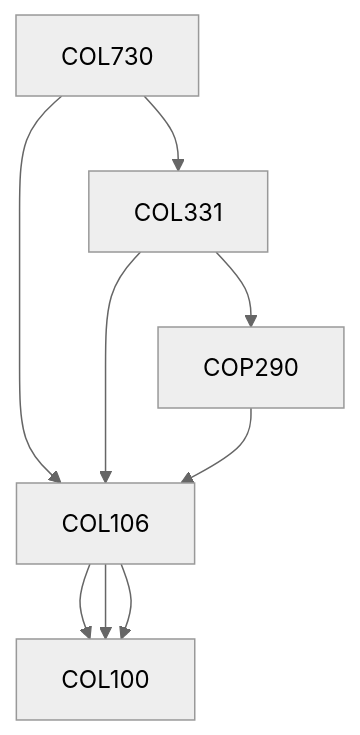
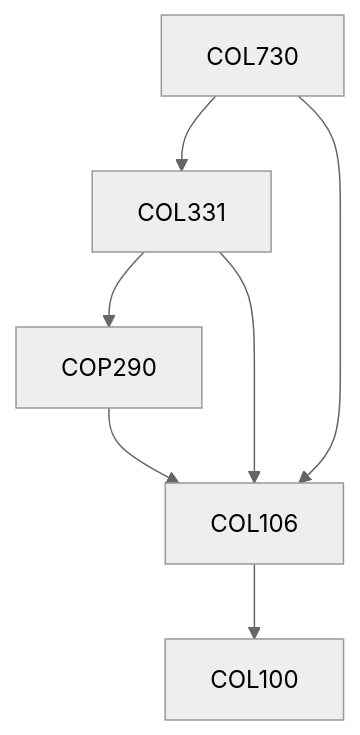
One commit to KeshavBansal0122/CoS_Website changed the diagram in content/Computer Science and Engineering/COL730.md. Above: the diagram before and after it, drawn with Mermaid (neutral theme). The commit also changed other lines of this file and 2667 other files, not shown here.

````diff
--- a/content/Computer Science and Engineering/COL730.md
+++ b/content/Computer Science and Engineering/COL730.md
@@ -15,11 +13,13 @@
 ```mermaid
-graph TD
-COL730 --> COL106
-COL106 --> COL100
-COL730 --> COL331
-COL331 --> COL106
-COL106 --> COL100
-COL331 --> COP290
-COP290 --> COL106
-COL106 --> COL100
+flowchart TD
+COL730-203[COL730]
+COL106-203 --> COL100-203[COL100]
+COL331-203 --> COP290-203[COP290]
+COP290-203 --> COL106-203[COL106]
+COL730-203 --> COL331-203[COL331]
+COL730-203 --> COL106-203[COL106]
+COL331-203 --> COL106-203[COL106]
+
+classDef empty height:17px, fill:transparent, stroke:transparent;
+classDef trueEmpty height:0px, width:0px;
 ```
````
